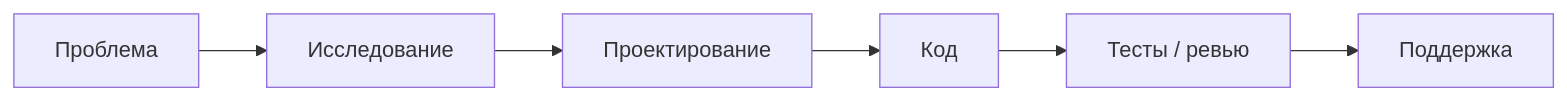
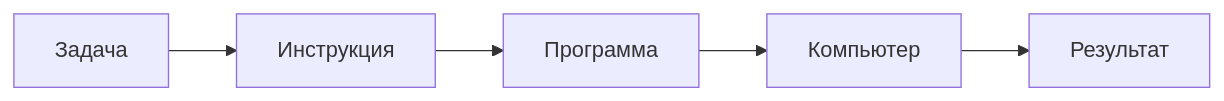
The diagram in fundamentals/what-is-programming/DESIGN.md (vil4engineering/univer), drawn with Mermaid before and after one commit. The commit also changed other lines of this file and 7 other files, not shown here.

````diff
--- a/fundamentals/what-is-programming/DESIGN.md
+++ b/fundamentals/what-is-programming/DESIGN.md
@@ -382,8 +128,7 @@
 ```mermaid
 flowchart LR
-  P[Проблема] --> R[Исследование]
-  R --> D[Проектирование]
-  D --> C[Код]
-  C --> T[Тесты / ревью]
-  T --> S[Поддержка]
+  T[Задача] --> I[Инструкция]
+  I --> P[Программа]
+  P --> C[Компьютер]
+  C --> R[Результат]
 ```
````
